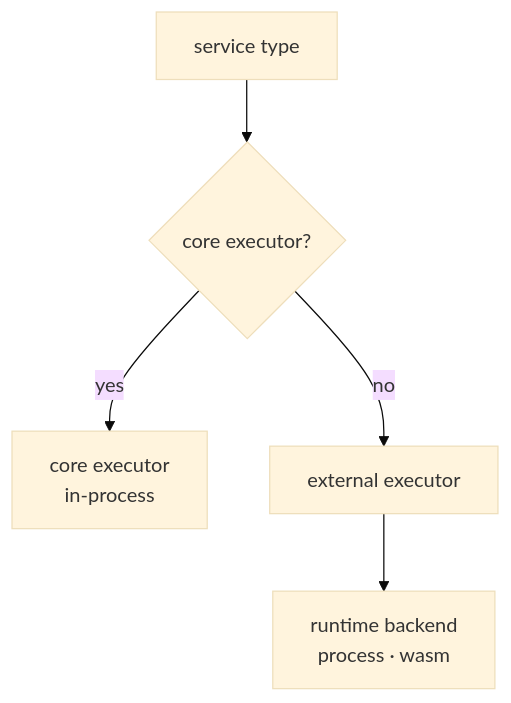
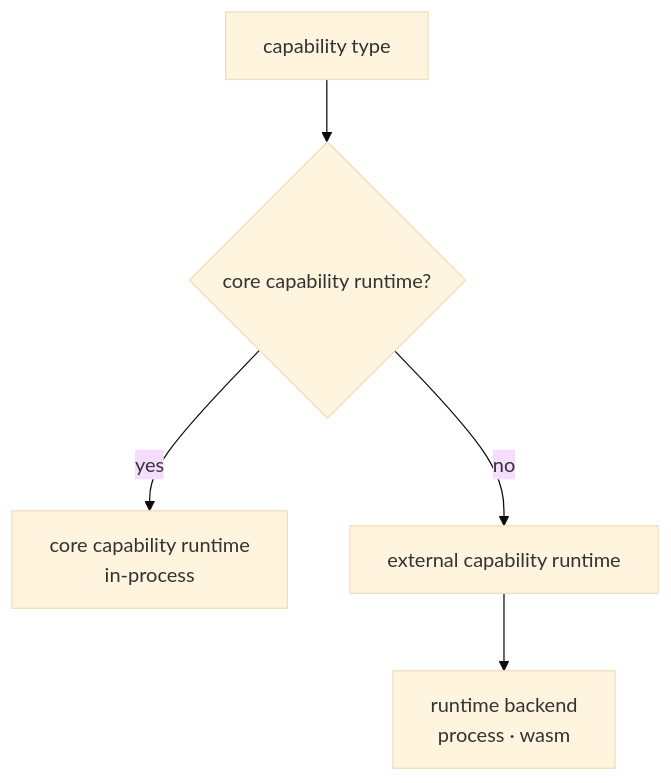
One commit to neuron-runtime/neuron changed the second of 4 diagrams in docs/RUNTIME.md. Above: the diagram before and after it, drawn with Mermaid (base theme). The commit also changed other lines of this file and 119 other files, not shown here.

````diff
--- a/docs/RUNTIME.md
+++ b/docs/RUNTIME.md
@@ -48,7 +48,7 @@
 ```mermaid
 flowchart TB
-    A[service type] --> B{core executor?}
-    B -->|yes| C[core executor<br/>in-process]
-    B -->|no| D[external executor]
+    A[capability type] --> B{core capability runtime?}
+    B -->|yes| C[core capability runtime<br/>in-process]
+    B -->|no| D[external capability runtime]
     D --> E[runtime backend<br/>process · wasm]
 ```
````
